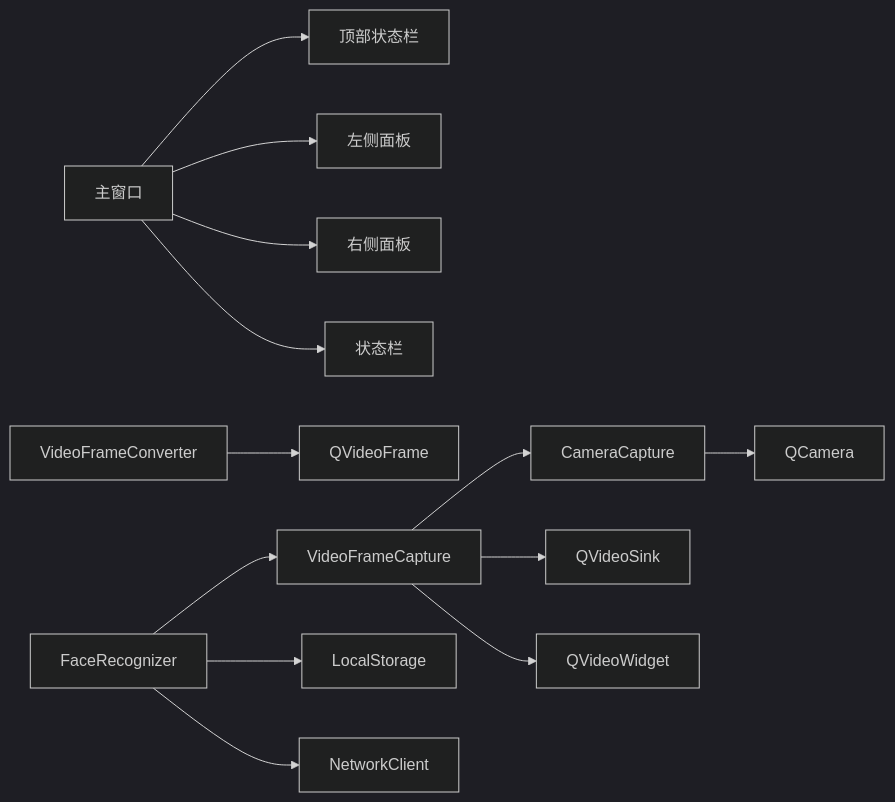
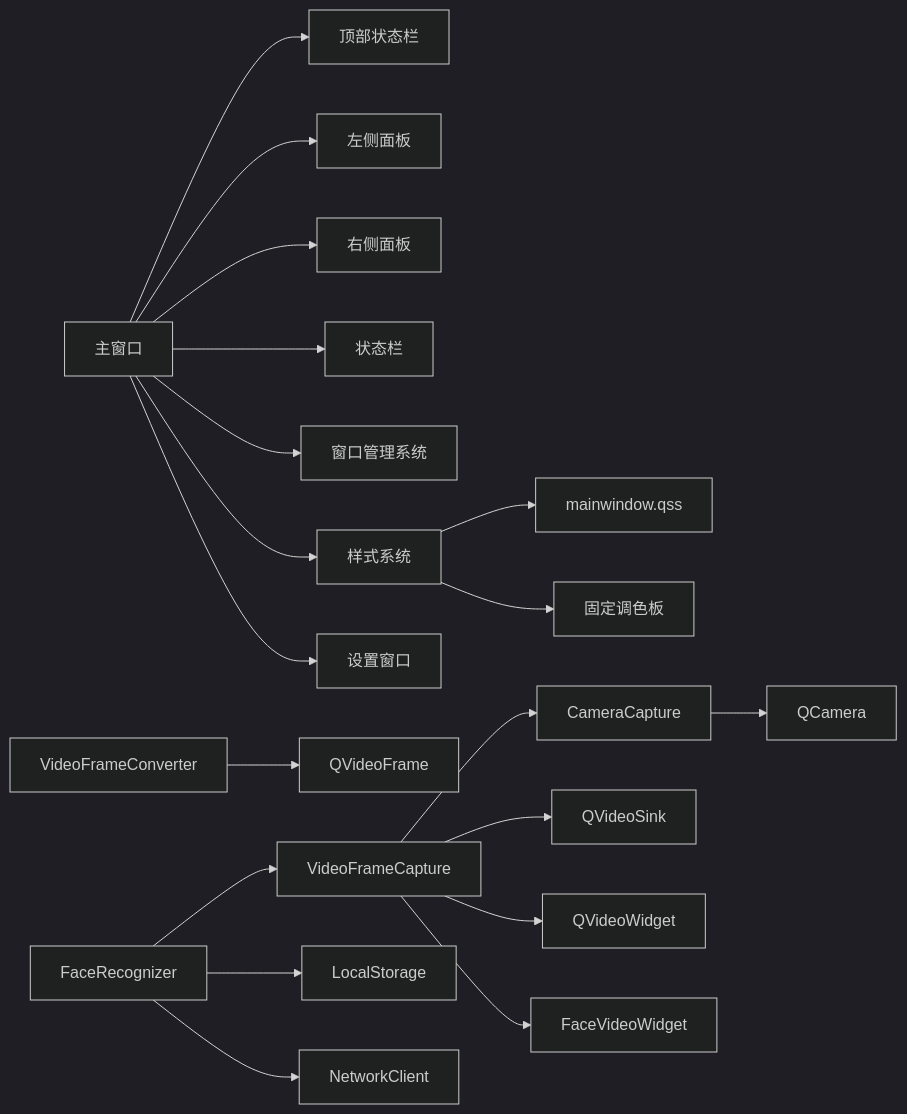
One commit to HeQiTZD/Triple-terminal-Attendance-Punching-System changed the tenth of 10 diagrams in .qoder/repowiki/zh/content/用户界面设计/用户界面设计.md. Above: the diagram before and after it, drawn with Mermaid (dark theme). The commit also changed other lines of this file and 70 other files, not shown here.

````diff
--- a/.qoder/repowiki/zh/content/用户界面设计/用户界面设计.md
+++ b/.qoder/repowiki/zh/content/用户界面设计/用户界面设计.md
@@ -381,15 +563,21 @@
 ```mermaid
 graph LR
 MW["主窗口"] --> TL["顶部状态栏"]
 MW --> CL["左侧面板"]
 MW --> RL["右侧面板"]
 MW --> SB["状态栏"]
+MW --> WM["窗口管理系统"]
+MW --> SS["样式系统"]
+MW --> SW["设置窗口"]
 CC["CameraCapture"] --> QC["QCamera"]
 VFC["VideoFrameCapture"] --> CC
 VFC --> VFS["QVideoSink"]
 VFC --> VFW["QVideoWidget"]
+VFC --> FW["FaceVideoWidget"]
 VFCV["VideoFrameConverter"] --> QVF["QVideoFrame"]
 FR["FaceRecognizer"] --> VFC
 FR --> LS["LocalStorage"]
 FR --> NC["NetworkClient"]
+SS --> QSS["mainwindow.qss"]
+SS --> PAL["固定调色板"]
 ```
````
